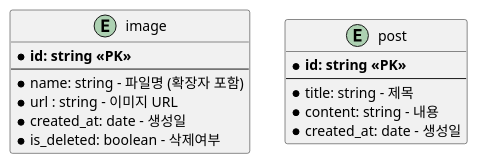
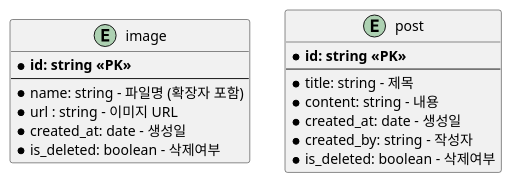
One commit to kimdg1105/webflux-demo changed the diagram in docs/domain/data_modeling.puml. Above: the diagram before and after it, drawn with PlantUML. The commit also changed 11 other files, not shown here.

```diff
--- a/docs/domain/data_modeling.puml
+++ b/docs/domain/data_modeling.puml
@@ -3,20 +3,22 @@
 @startuml
 
 entity "image" as image {
   * **id: string <<PK>>**
   --
   * name: string - 파일명 (확장자 포함)
   * url : string - 이미지 URL
   * created_at: date - 생성일
   * is_deleted: boolean - 삭제여부
 }
 
 entity "post" as post {
   * **id: string <<PK>>**
   --
   * title: string - 제목
   * content: string - 내용
   * created_at: date - 생성일
+  * created_by: string - 작성자
+  * is_deleted: boolean - 삭제여부
 }
 
 @enduml
```
